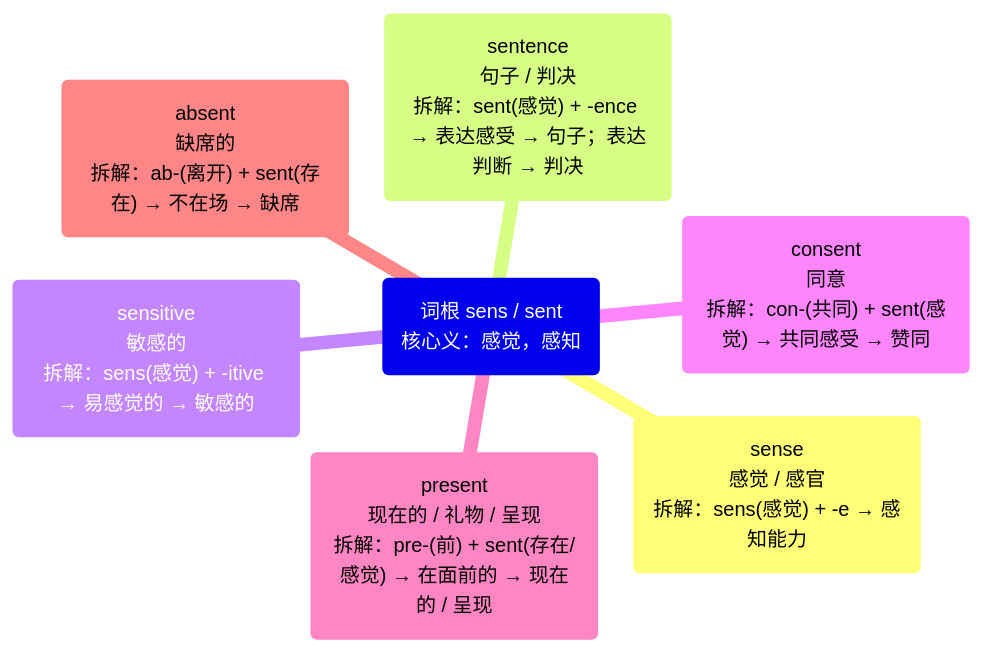
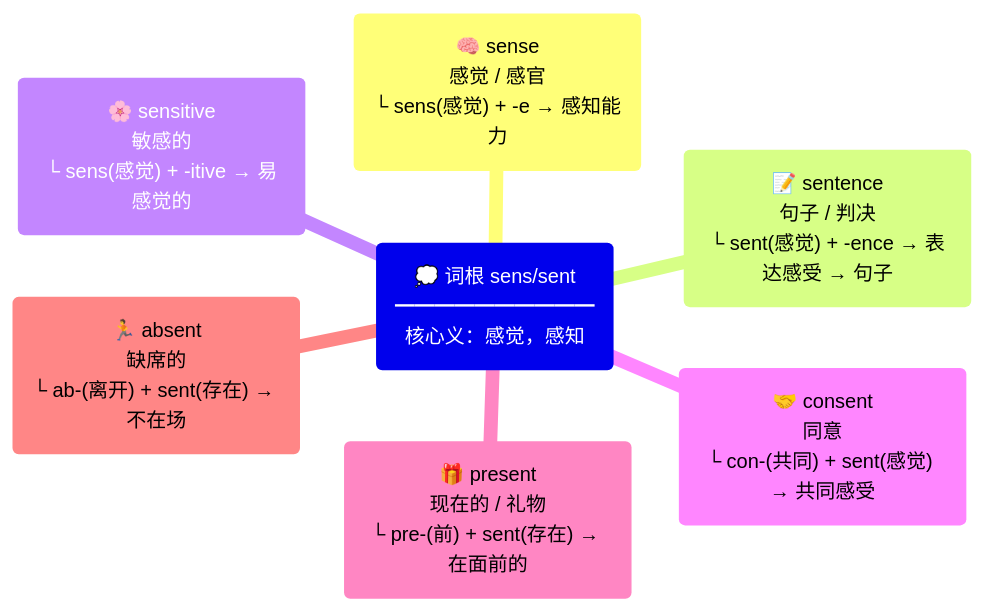
Diagram 12 of 31 in files/other/e.md (suhuide/h), drawn with Mermaid before and after one commit. The commit also changed other lines of this file, not shown here.

````diff
--- a/files/other/e.md
+++ b/files/other/e.md
@@ -125,10 +125,10 @@
 ```mermaid
 mindmap
-  root("词根 sens / sent<br>核心义：感觉，感知")
-    sense("sense<br>感觉 / 感官<br>拆解：sens(感觉) + -e → 感知能力")
-    sentence("sentence<br>句子 / 判决<br>拆解：sent(感觉) + -ence → 表达感受 → 句子；表达判断 → 判决")
-    sensitive("sensitive<br>敏感的<br>拆解：sens(感觉) + -itive → 易感觉的 → 敏感的")
-    consent("consent<br>同意<br>拆解：con-(共同) + sent(感觉) → 共同感受 → 赞同")
-    present("present<br>现在的 / 礼物 / 呈现<br>拆解：pre-(前) + sent(存在/感觉) → 在面前的 → 现在的 / 呈现")
-    absent("absent<br>缺席的<br>拆解：ab-(离开) + sent(存在) → 不在场 → 缺席")
+  root("💭 词根 sens/sent<br>━━━━━━━━━━<br>核心义：感觉，感知")
+    sense("🧠 sense<br>感觉 / 感官<br>└ sens(感觉) + -e → 感知能力")
+    sentence("📝 sentence<br>句子 / 判决<br>└ sent(感觉) + -ence → 表达感受 → 句子")
+    sensitive("🌸 sensitive<br>敏感的<br>└ sens(感觉) + -itive → 易感觉的")
+    consent("🤝 consent<br>同意<br>└ con-(共同) + sent(感觉) → 共同感受")
+    present("🎁 present<br>现在的 / 礼物<br>└ pre-(前) + sent(存在) → 在面前的")
+    absent("🏃 absent<br>缺席的<br>└ ab-(离开) + sent(存在) → 不在场")
 ```
````
